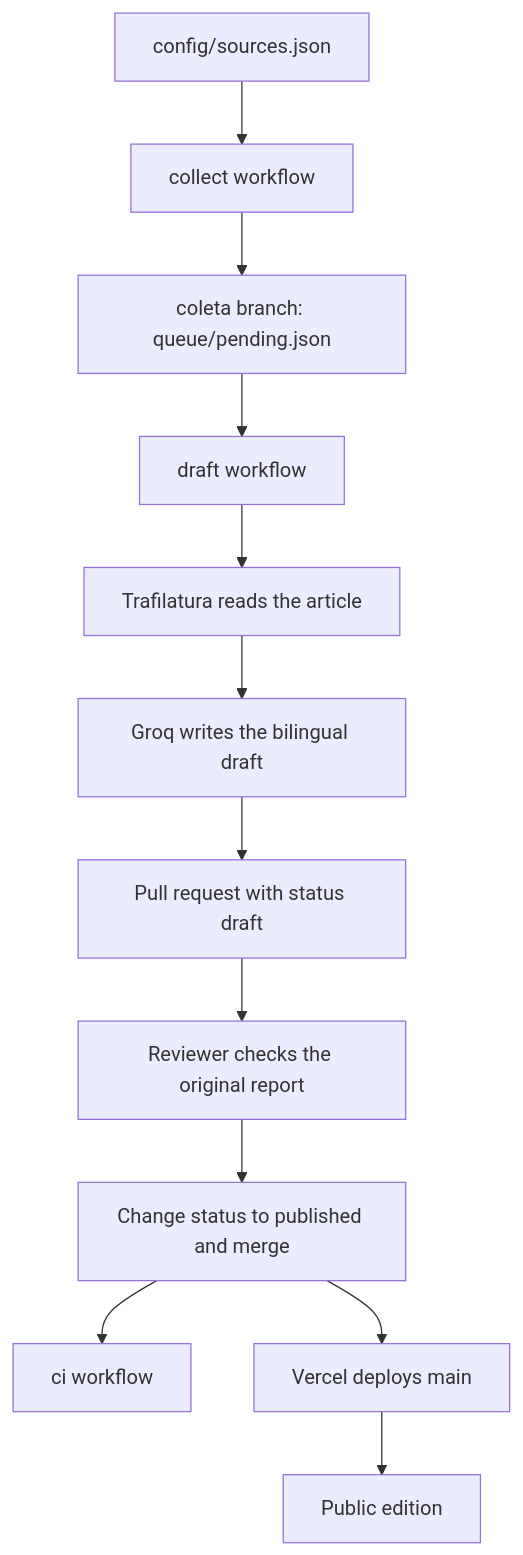
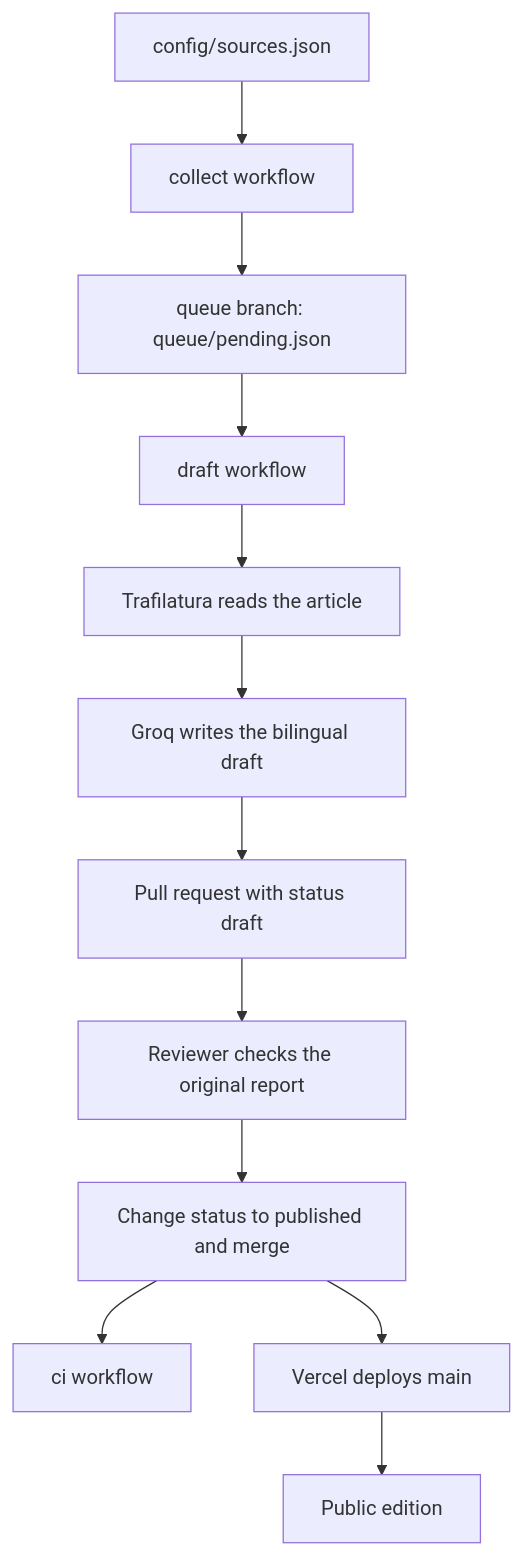
The diagram in README.md (rutecintra/newshell), drawn with Mermaid before and after one commit. The commit also changed other lines of this file and 3 other files, not shown here.

Commit message:
refactor: rename coleta branch to queue

````diff
--- a/README.md
+++ b/README.md
@@ -11,14 +11,14 @@
 ```mermaid
 flowchart TD
   sources["config/sources.json"] --> collect["collect workflow"]
-  collect --> queue["coleta branch: queue/pending.json"]
+  collect --> queue["queue branch: queue/pending.json"]
   queue --> draft["draft workflow"]
   draft --> extract["Trafilatura reads the article"]
   extract --> groq["Groq writes the bilingual draft"]
   groq --> pull["Pull request with status draft"]
   pull --> review["Reviewer checks the original report"]
   review --> publish["Change status to published and merge"]
   publish --> ci["ci workflow"]
   publish --> vercel["Vercel deploys main"]
   vercel --> site["Public edition"]
 ```
````
